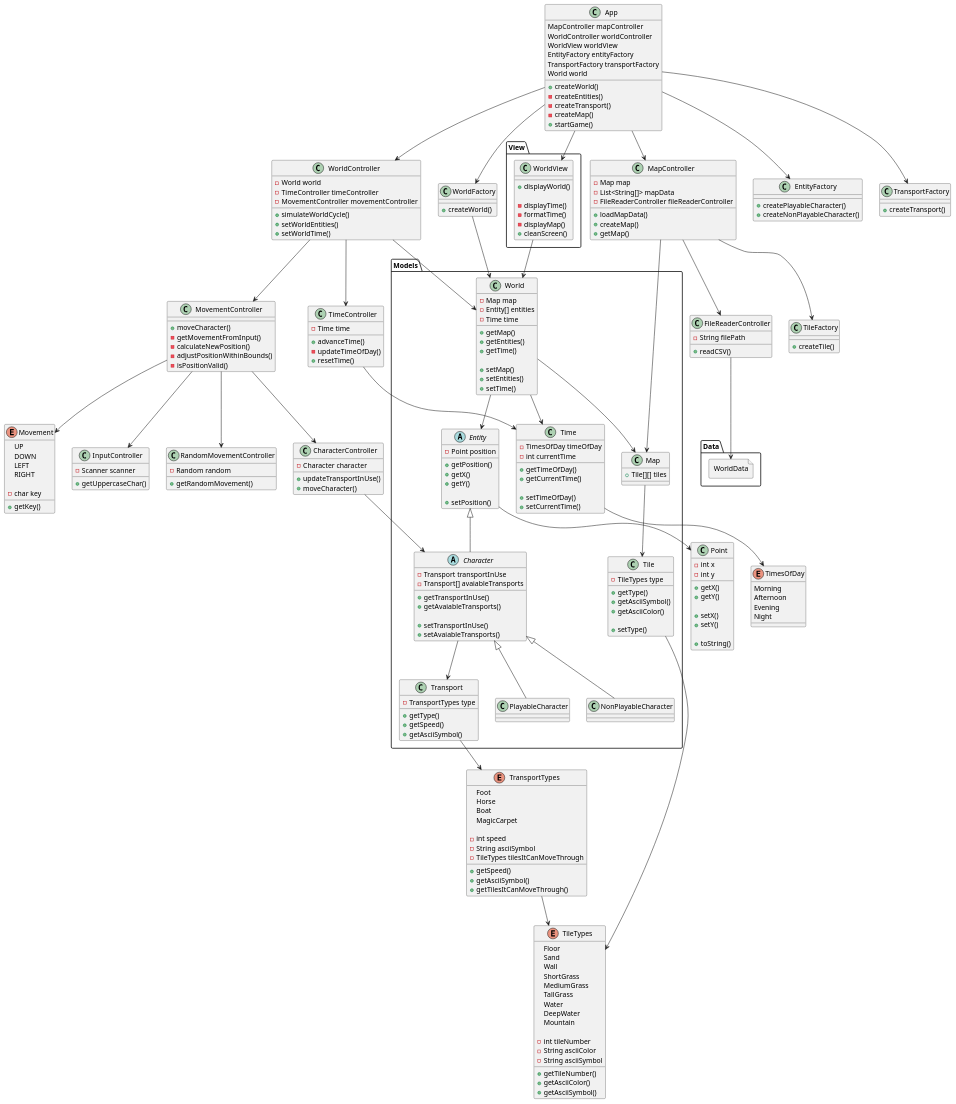
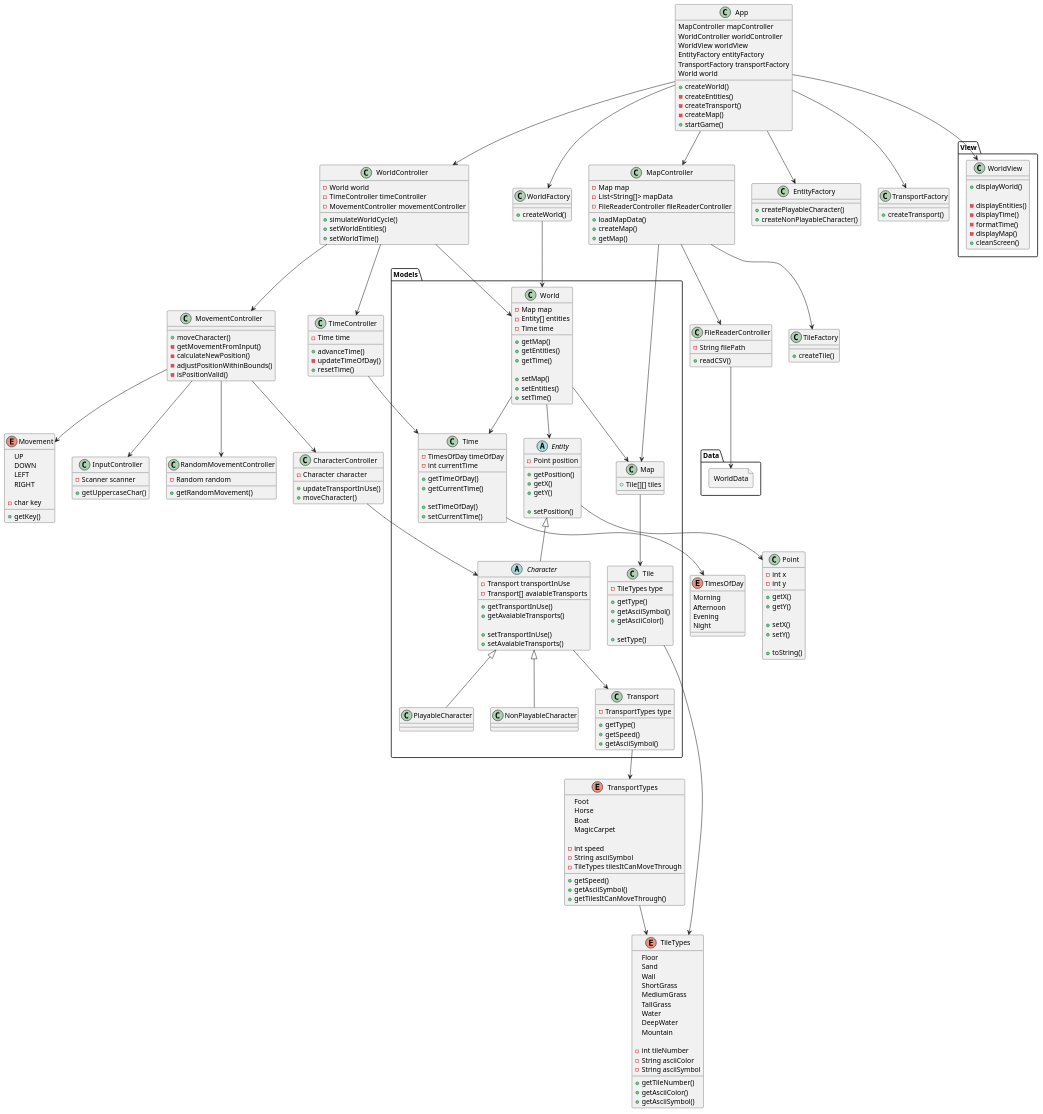
Before and after one commit to mmasias/23-24-IdSw2-SDD: the diagram in docs/modelosUML/diagramaDeAplicacion.puml, drawn with PlantUML. The commit also changed 31 other files, not shown here.

```diff
--- a/docs/modelosUML/diagramaDeAplicacion.puml
+++ b/docs/modelosUML/diagramaDeAplicacion.puml
@@ -225,6 +225,7 @@
     class WorldView {
         + displayWorld()
 
+        - displayEntities()
         - displayTime()
         - formatTime()
         - displayMap()
@@ -280,7 +281,6 @@
 WorldController --> World
 WorldController --> TimeController
 WorldController --> MovementController
-WorldView --> World
 
 App --> WorldController
 App --> WorldView
```
